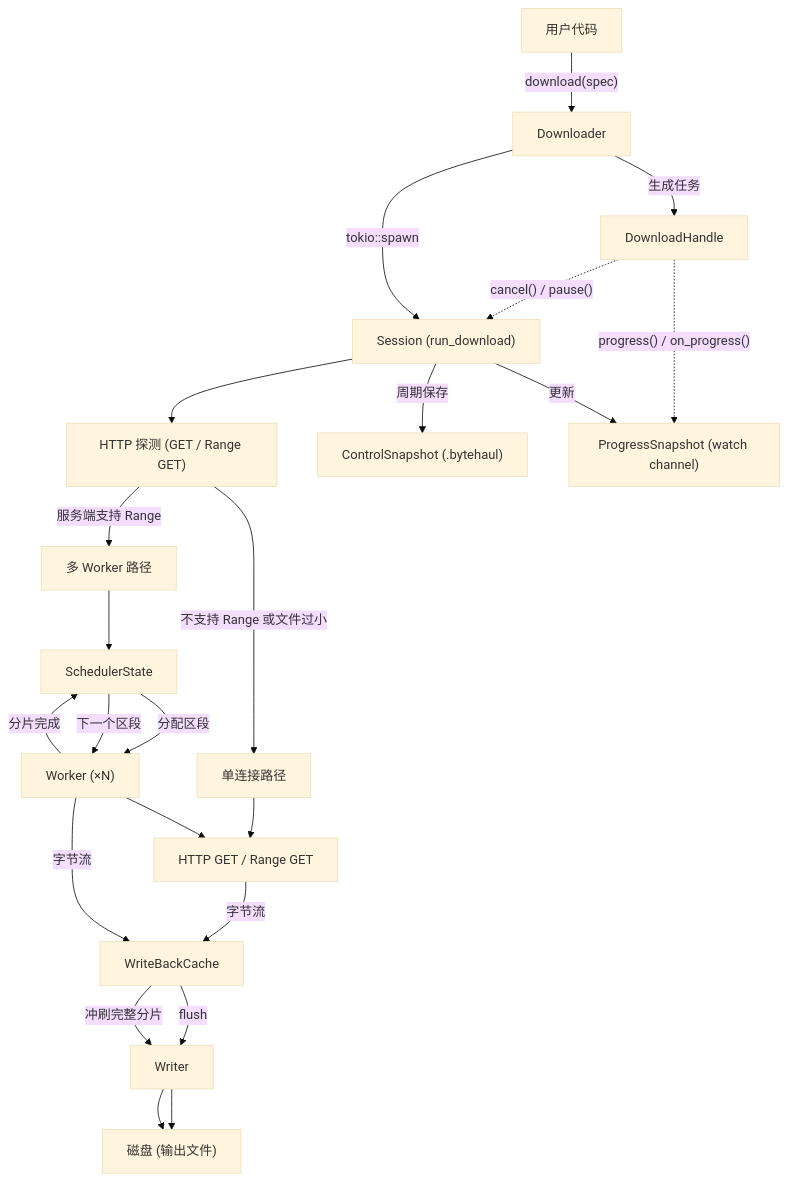
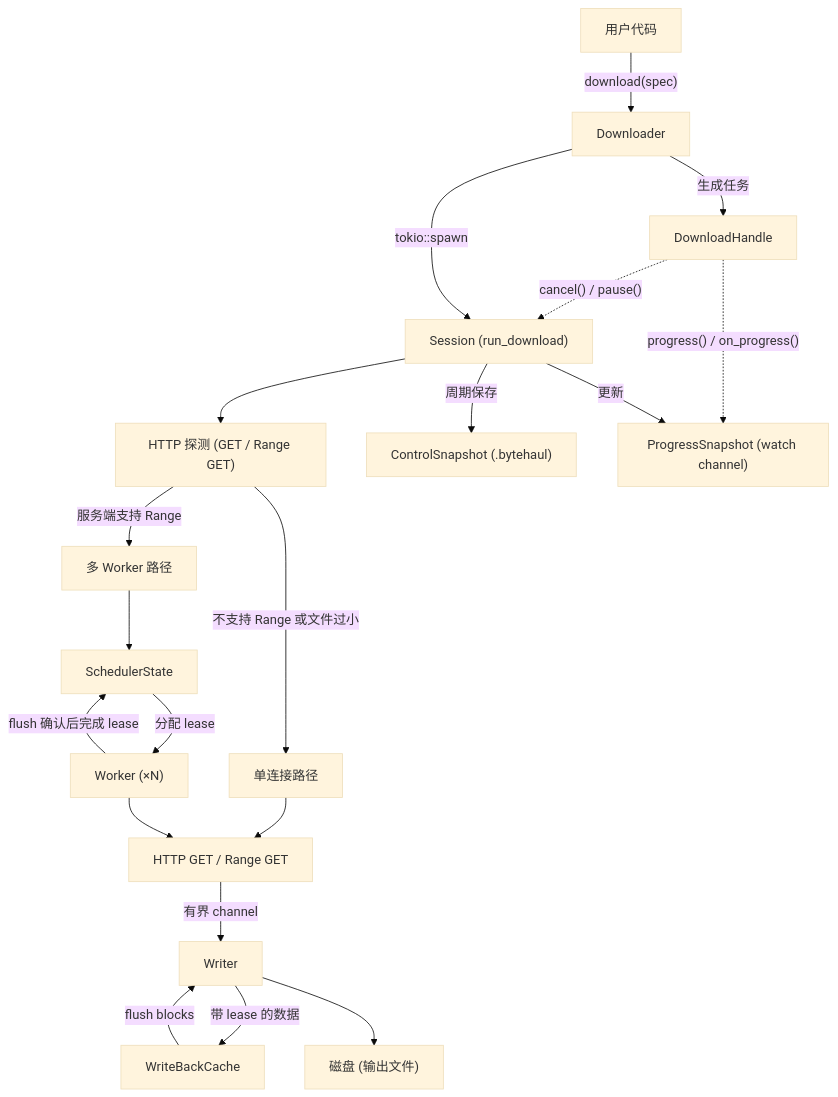
Before and after one commit to triwinds/bytehaul: the diagram in docs/architecture.zh-CN.md, drawn with Mermaid (base theme). The commit also changed other lines of this file and 28 other files, not shown here.

Commit message:
fix: simplify download flow and preserve durable checkpoints

````diff
--- a/docs/architecture.zh-CN.md
+++ b/docs/architecture.zh-CN.md
@@ -13,45 +13,41 @@
 ```mermaid
 graph TD
     User["用户代码"]
     Downloader["Downloader"]
     Handle["DownloadHandle"]
     Session["Session (run_download)"]
     Probe["HTTP 探测 (GET / Range GET)"]
     Single["单连接路径"]
     Multi["多 Worker 路径"]
     Scheduler["SchedulerState"]
     Worker["Worker (×N)"]
     HTTP["HTTP GET / Range GET"]
     Cache["WriteBackCache"]
     Writer["Writer"]
     Disk["磁盘 (输出文件)"]
     Control["ControlSnapshot (.bytehaul)"]
     Progress["ProgressSnapshot (watch channel)"]
 
     User -->|"download(spec)"| Downloader
     Downloader -->|"生成任务"| Handle
     Handle -.->|"progress() / on_progress()"| Progress
     Handle -.->|"cancel() / pause()"| Session
     Downloader -->|"tokio::spawn"| Session
 
     Session --> Probe
     Probe -->|"服务端支持 Range"| Multi
     Probe -->|"不支持 Range 或文件过小"| Single
 
     Single --> HTTP
-    HTTP -->|"字节流"| Cache
-    Cache -->|"flush"| Writer
+    Multi --> Scheduler
+    Scheduler -->|"分配 lease"| Worker
+    Worker --> HTTP
+    HTTP -->|"有界 channel"| Writer
+    Writer -->|"带 lease 的数据"| Cache
+    Cache -->|"flush blocks"| Writer
     Writer --> Disk
-
-    Multi --> Scheduler
-    Scheduler -->|"分配区段"| Worker
-    Worker --> HTTP
-    Worker -->|"字节流"| Cache
-    Cache -->|"冲刷完整分片"| Writer
-    Writer --> Disk
-    Worker -->|"分片完成"| Scheduler
-    Scheduler -->|"下一个区段"| Worker
+    Worker -->|"flush 确认后完成 lease"| Scheduler
 
     Session -->|"周期保存"| Control
     Session -->|"更新"| Progress
 ```
````
